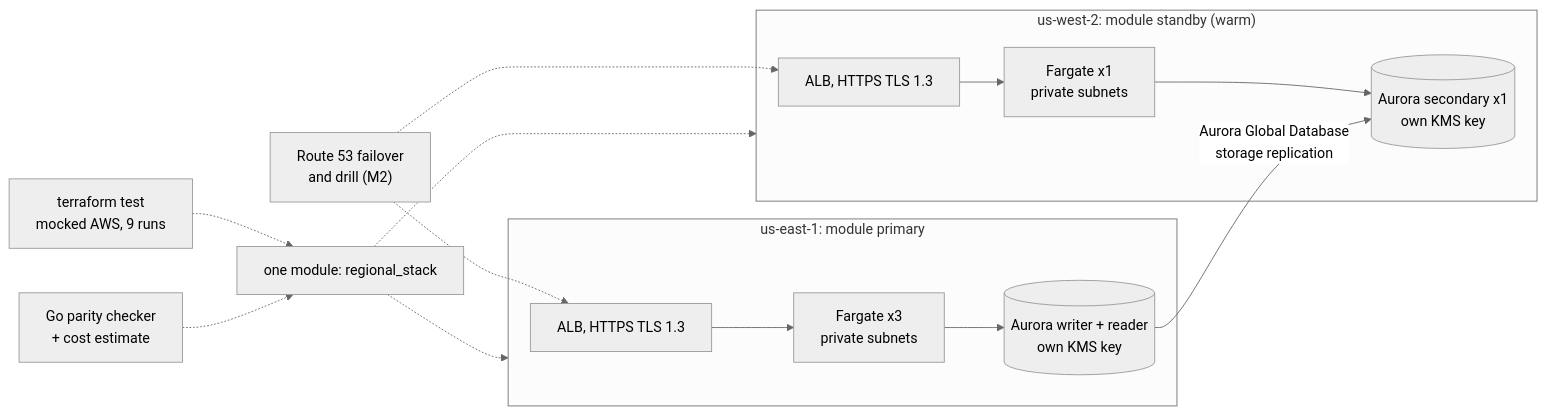
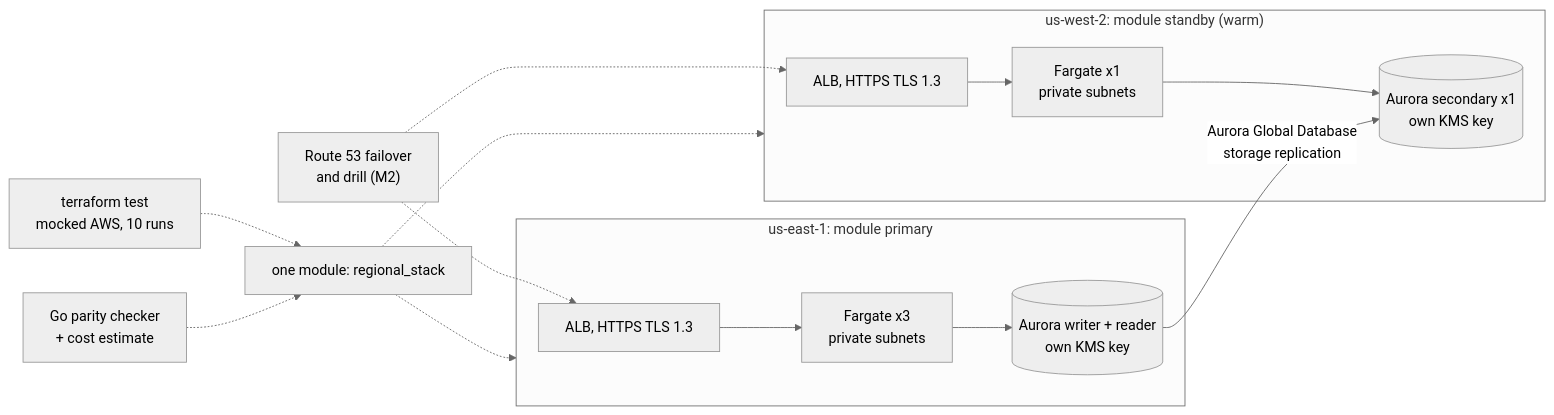
Before and after one commit to EquinoxWN/multi-region-failover: the first of 2 diagrams in README.md, drawn with Mermaid (neutral theme). The commit also changed other lines of this file and 6 other files, not shown here.

````diff
--- a/README.md
+++ b/README.md
@@ -24,16 +24,16 @@
 ```mermaid
 flowchart LR
   subgraph P["us-east-1: module primary"]
     PA["ALB, HTTPS TLS 1.3"] --> PF["Fargate x3<br/>private subnets"]
     PF --> PD[("Aurora writer + reader<br/>own KMS key")]
   end
   subgraph S["us-west-2: module standby (warm)"]
     SA["ALB, HTTPS TLS 1.3"] --> SF["Fargate x1<br/>private subnets"]
     SF --> SD[("Aurora secondary x1<br/>own KMS key")]
   end
   PD -->|"Aurora Global Database<br/>storage replication"| SD
   M["one module: regional_stack"] -.-> P & S
-  T["terraform test<br/>mocked AWS, 9 runs"] -.-> M
+  T["terraform test<br/>mocked AWS, 10 runs"] -.-> M
   G["Go parity checker<br/>+ cost estimate"] -.-> M
   R53["Route 53 failover<br/>and drill (M2)"] -.-> PA & SA
 ```
````
